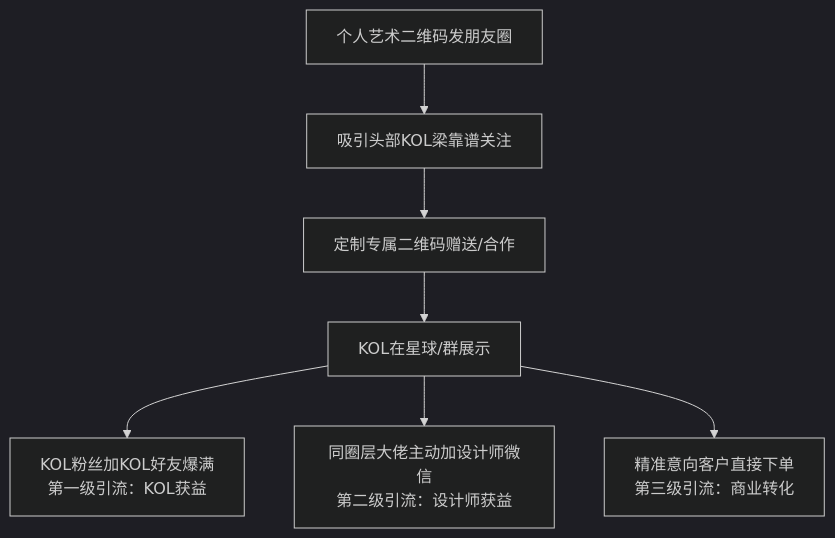
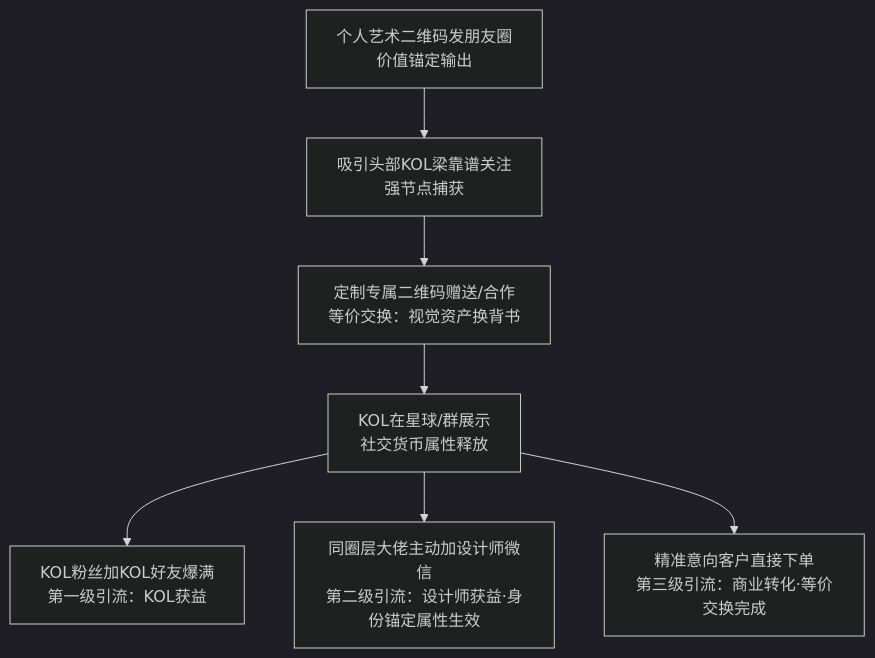
One commit to OpenDocCN1/flygon-zhuanqian-zhoubao changed the third of 8 diagrams in docs/202303_paper2textbook/chapter_059.md. Above: the diagram before and after it, drawn with Mermaid (dark theme). The commit also changed other lines of this file and 2 other files, not shown here.

````diff
--- a/docs/202303_paper2textbook/chapter_059.md
+++ b/docs/202303_paper2textbook/chapter_059.md
@@ -107,9 +145,9 @@
 ```mermaid
 graph TD
-    A[个人艺术二维码发朋友圈] --> B[吸引头部KOL梁靠谱关注]
-    B --> C[定制专属二维码赠送/合作]
-    C --> D[KOL在星球/群展示]
+    A[个人艺术二维码发朋友圈<br/>价值锚定输出] --> B[吸引头部KOL梁靠谱关注<br/>强节点捕获]
+    B --> C[定制专属二维码赠送/合作<br/>等价交换：视觉资产换背书]
+    C --> D[KOL在星球/群展示<br/>社交货币属性释放]
     D --> E1[KOL粉丝加KOL好友爆满<br/>第一级引流：KOL获益]
-    D --> E2[同圈层大佬主动加设计师微信<br/>第二级引流：设计师获益]
-    D --> E3[精准意向客户直接下单<br/>第三级引流：商业转化]
+    D --> E2[同圈层大佬主动加设计师微信<br/>第二级引流：设计师获益·身份锚定属性生效]
+    D --> E3[精准意向客户直接下单<br/>第三级引流：商业转化·等价交换完成]
 ```
````
